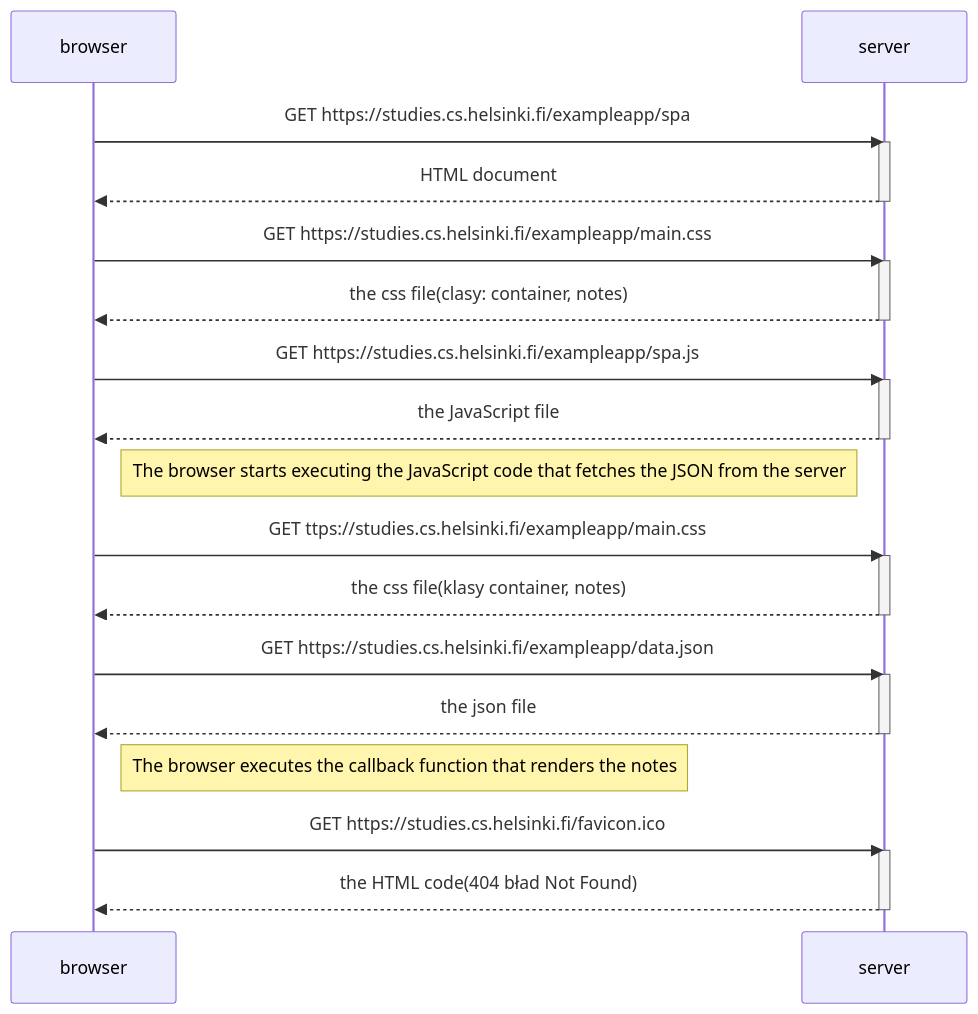
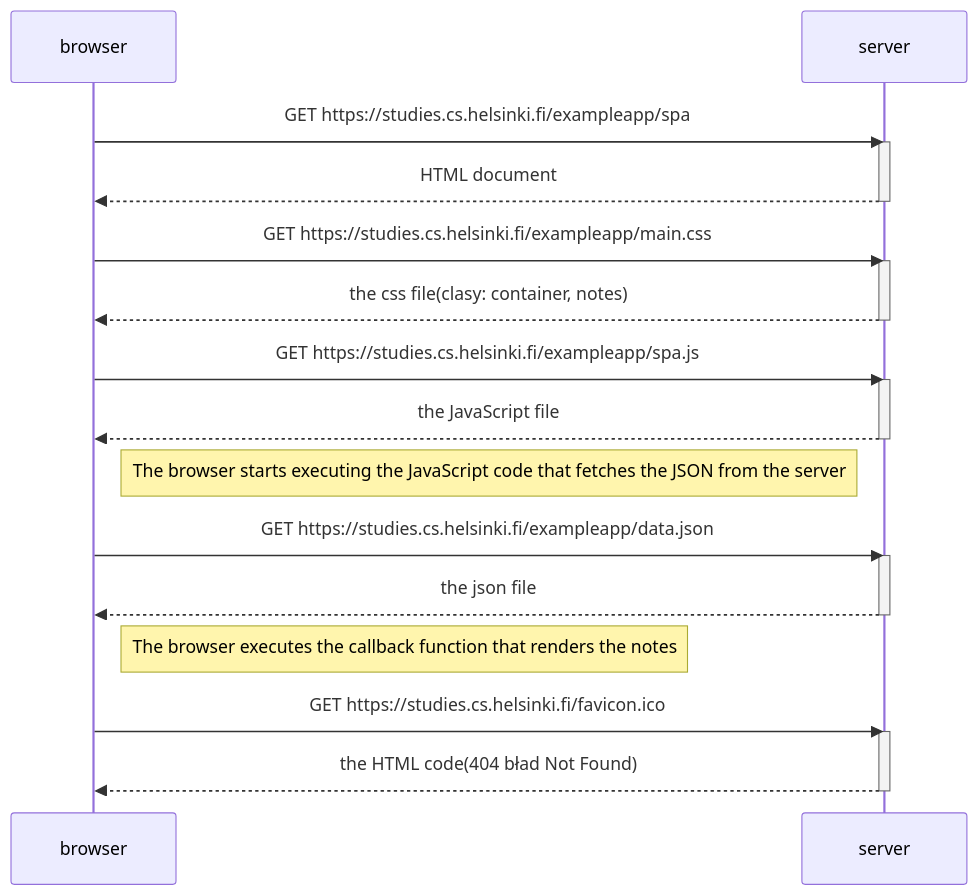
One commit to Prusinowskaa/FullStack changed the diagram in Part0/diagram_spa.md. Above: the diagram before and after it, drawn with Mermaid. The commit also changed 1 other file, not shown here.

````diff
--- a/Part0/diagram_spa.md
+++ b/Part0/diagram_spa.md
@@ -1,39 +1,34 @@
 ```mermaid
 sequenceDiagram
     participant browser
     participant server
 
     browser->>server: GET https://studies.cs.helsinki.fi/exampleapp/spa
         activate server
         server-->>browser: HTML document
         deactivate server
 
     browser->>server: GET https://studies.cs.helsinki.fi/exampleapp/main.css
         activate server
         server-->>browser: the css file(clasy: container, notes)
         deactivate server
 
     browser->>server: GET https://studies.cs.helsinki.fi/exampleapp/spa.js
         activate server
         server-->>browser: the JavaScript file
         deactivate server
 
          Note right of browser: The browser starts executing the JavaScript code that fetches the JSON from the server
 
-    browser->>server: GET ttps://studies.cs.helsinki.fi/exampleapp/main.css
-         activate server
-        server-->>browser: the css file(klasy container, notes)
-        deactivate server
-
     browser->>server: GET https://studies.cs.helsinki.fi/exampleapp/data.json
          activate server
         server-->>browser: the json file
         deactivate server
 
     Note right of browser: The browser executes the callback function that renders the notes
 
         browser->>server: GET https://studies.cs.helsinki.fi/favicon.ico
         activate server
         server-->>browser: the HTML code(404 bład Not Found)
         deactivate server
 ```
````
